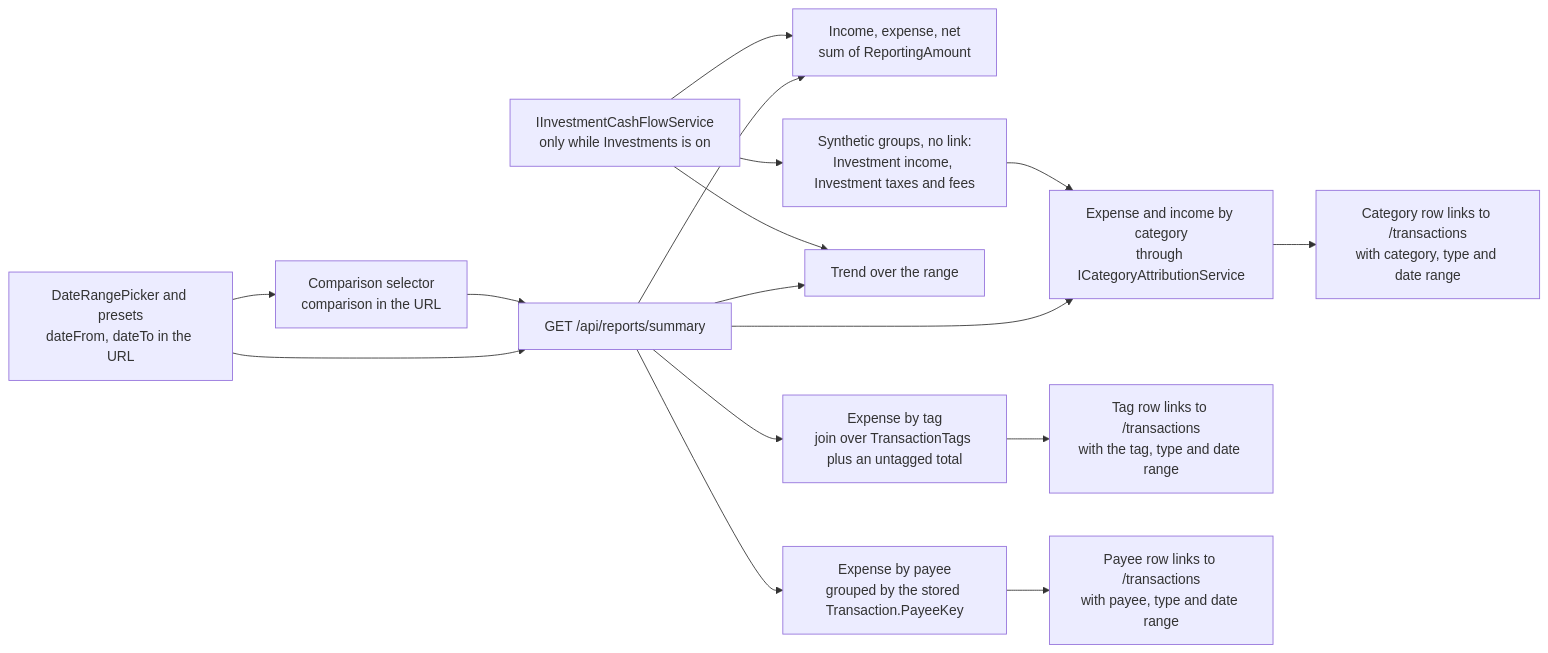
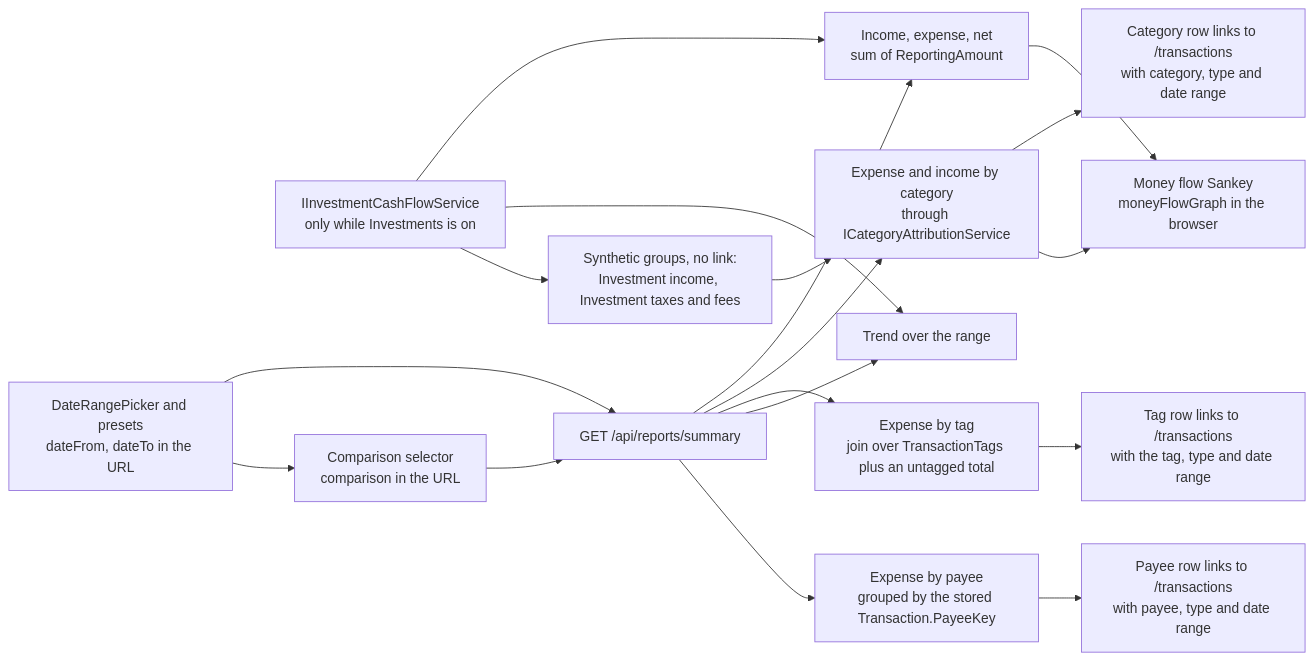
One commit to Justxs/Jx-Finance changed the first of 2 diagrams in docs/features/reports.md. Above: the diagram before and after it, drawn with Mermaid. The commit also changed other lines of this file and 26 other files, not shown here.

First line of the commit message:
feat(reports): draw the period's money flow as a Sankey diagram

````diff
--- a/docs/features/reports.md
+++ b/docs/features/reports.md
@@ -7,18 +7,20 @@
 ```mermaid
 flowchart LR
     Range["DateRangePicker and presets<br/>dateFrom, dateTo in the URL"] --> Api["GET /api/reports/summary"]
     Api --> Totals["Income, expense, net<br/>sum of ReportingAmount"]
     Api --> Break["Expense and income by category<br/>through ICategoryAttributionService"]
     Api --> Tags["Expense by tag<br/>join over TransactionTags plus an untagged total"]
     Api --> Trend["Trend over the range"]
     Break --> Drill["Category row links to /transactions<br/>with category, type and date range"]
+    Break --> Flow["Money flow Sankey<br/>moneyFlowGraph in the browser"]
+    Totals --> Flow
     Tags --> TagDrill["Tag row links to /transactions<br/>with the tag, type and date range"]
     Api --> Payees["Expense by payee<br/>grouped by the stored Transaction.PayeeKey"]
     Payees --> PayeeDrill["Payee row links to /transactions<br/>with payee, type and date range"]
     Inv["IInvestmentCashFlowService<br/>only while Investments is on"] --> Totals
     Inv --> Trend
     Inv --> Groups["Synthetic groups, no link:<br/>Investment income, Investment taxes and fees"]
     Groups --> Break
     Range --> Compare["Comparison selector<br/>comparison in the URL"]
     Compare --> Api
 ```
````
